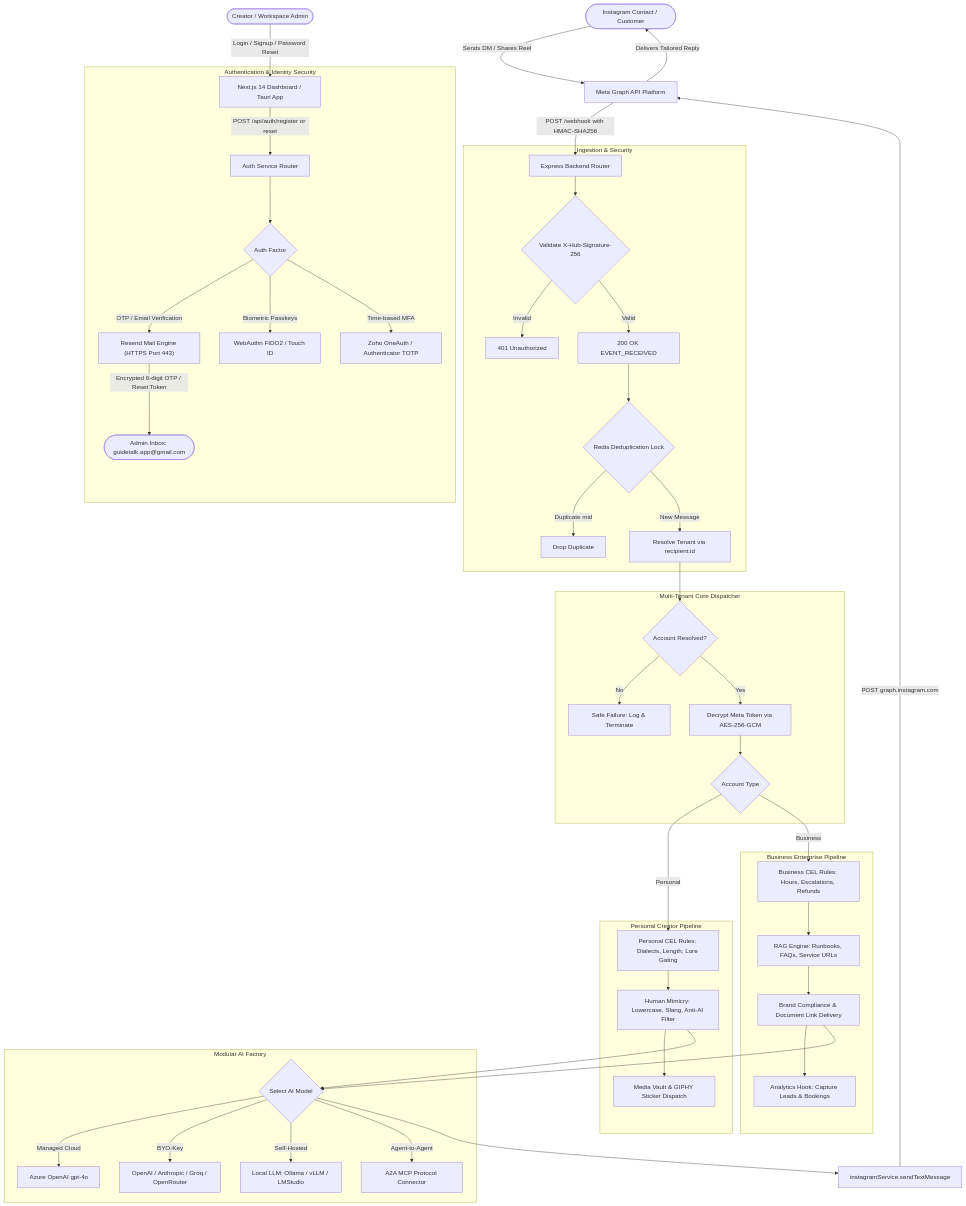
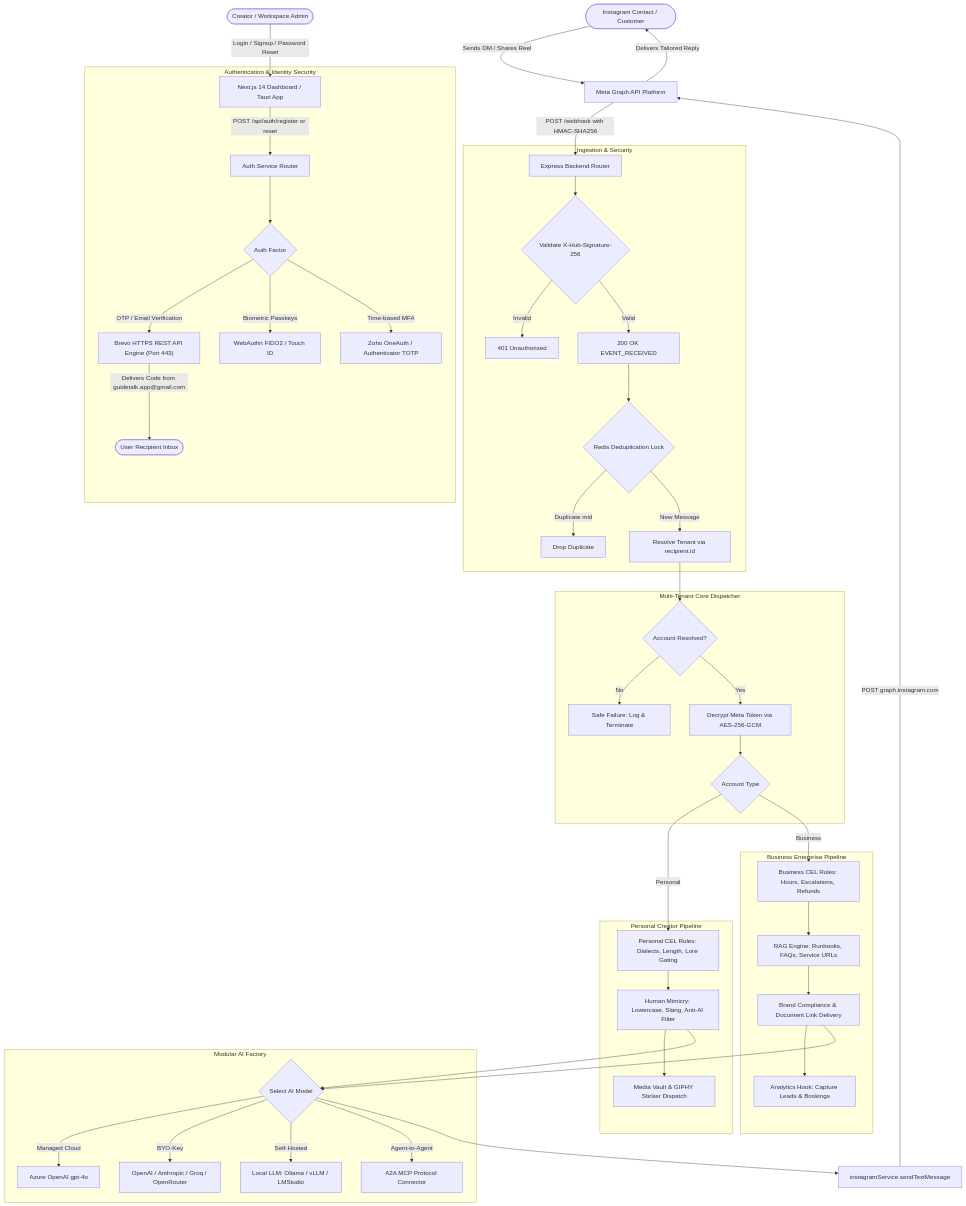
One commit to samjoshua2002/instagram changed the diagram in README.md. Above: the diagram before and after it, drawn with Mermaid. The commit also changed other lines of this file and 2 other files, not shown here.

Commit message:
feat(auth): integrate Brevo HTTPS REST API to send from guidetalk to requesting users

````diff
--- a/README.md
+++ b/README.md
@@ -24,61 +25,61 @@
 ```mermaid
 flowchart TD
     %% External Clients & Actors
     IGUser([Instagram Contact / Customer]) -->|Sends DM / Shares Reel| MetaPlatform[Meta Graph API Platform]
     AdminUser([Creator / Workspace Admin]) -->|Login / Signup / Password Reset| WebClient[Next.js 14 Dashboard / Tauri App]
 
-    %% Authentication & Identity Flow (Resend Mail)
+    %% Authentication & Identity Flow (Brevo & Resend Mail Engine)
     subgraph Auth_Identity["Authentication & Identity Security"]
         WebClient -->|POST /api/auth/register or reset| AuthRoutes[Auth Service Router]
         AuthRoutes --> AuthType{Auth Factor}
-        AuthType -->|OTP / Email Verification| ResendEngine["Resend Mail Engine (HTTPS Port 443)"]
+        AuthType -->|OTP / Email Verification| BrevoEngine["Brevo HTTPS REST API Engine (Port 443)"]
         AuthType -->|Biometric Passkeys| WebAuthn["WebAuthn FIDO2 / Touch ID"]
         AuthType -->|Time-based MFA| TOTP["Zoho OneAuth / Authenticator TOTP"]
-        ResendEngine -->|Encrypted 6-digit OTP / Reset Token| AdminInbox([Admin Inbox: guidetalk.app@gmail.com])
+        BrevoEngine -->|Delivers Code from guidetalk.app@gmail.com| UserInbox([User Recipient Inbox])
     end
 
     %% Webhook Ingestion & Security
     MetaPlatform -->|POST /webhook with HMAC-SHA256| ExpressBE[Express Backend Router]
     
     subgraph Ingestion_Security["Ingestion & Security"]
         ExpressBE --> HMAC{Validate X-Hub-Signature-256}
         HMAC -->|Invalid| Reject[401 Unauthorized]
         HMAC -->|Valid| Ack[200 OK EVENT_RECEIVED]
         Ack --> Dedupe{Redis Deduplication Lock}
         Dedupe -->|Duplicate mid| Drop[Drop Duplicate]
         Dedupe -->|New Message| TenantResolver[Resolve Tenant via recipient.id]
     end
     
     subgraph MultiTenant_Core["Multi-Tenant Core Dispatcher"]
         TenantResolver --> TenantCheck{Account Resolved?}
         TenantCheck -->|No| SafeDrop[Safe Failure: Log & Terminate]
         TenantCheck -->|Yes| DecryptCredentials[Decrypt Meta Token via AES-256-GCM]
         DecryptCredentials --> AccountMode{Account Type}
     end
     
     subgraph Personal_Pipeline["Personal Creator Pipeline"]
         AccountMode -->|Personal| PersonalCEL[Personal CEL Rules: Dialects, Length, Lore Gating]
         PersonalCEL --> HumanMimicryPrompt[Human Mimicry: Lowercase, Slang, Anti-AI Filter]
         HumanMimicryPrompt --> StickerEngine[Media Vault & GIPHY Sticker Dispatch]
     end
     
     subgraph Business_Pipeline["Business Enterprise Pipeline"]
         AccountMode -->|Business| BusinessCEL[Business CEL Rules: Hours, Escalations, Refunds]
         BusinessCEL --> RAGDocEngine[RAG Engine: Runbooks, FAQs, Service URLs]
         RAGDocEngine --> GroundedBrandPrompt[Brand Compliance & Document Link Delivery]
         GroundedBrandPrompt --> LeadBookingTracker[Analytics Hook: Capture Leads & Bookings]
     end
     
     subgraph Modular_AI["Modular AI Factory"]
         HumanMimicryPrompt --> LLMFactory{Select AI Model}
         GroundedBrandPrompt --> LLMFactory
         LLMFactory -->|Managed Cloud| AzureOpenAI[Azure OpenAI gpt-4o]
         LLMFactory -->|BYO-Key| CustomCloud[OpenAI / Anthropic / Groq / OpenRouter]
         LLMFactory -->|Self-Hosted| LocalOllama[Local LLM: Ollama / vLLM / LMStudio]
         LLMFactory -->|Agent-to-Agent| MCPAgent[A2A MCP Protocol Connector]
     end
     
     LLMFactory --> SendService[instagramService.sendTextMessage]
     SendService -->|POST graph.instagram.com| MetaPlatform
     MetaPlatform -->|Delivers Tailored Reply| IGUser
 ```
````
